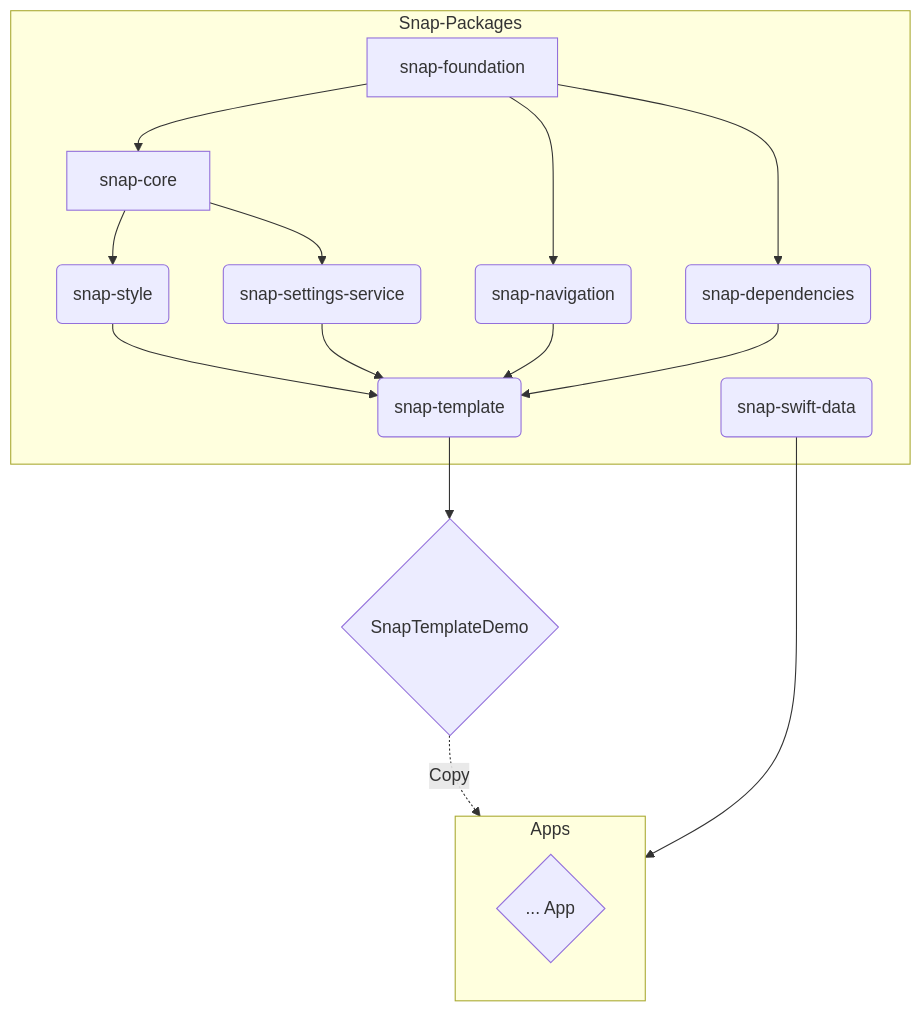
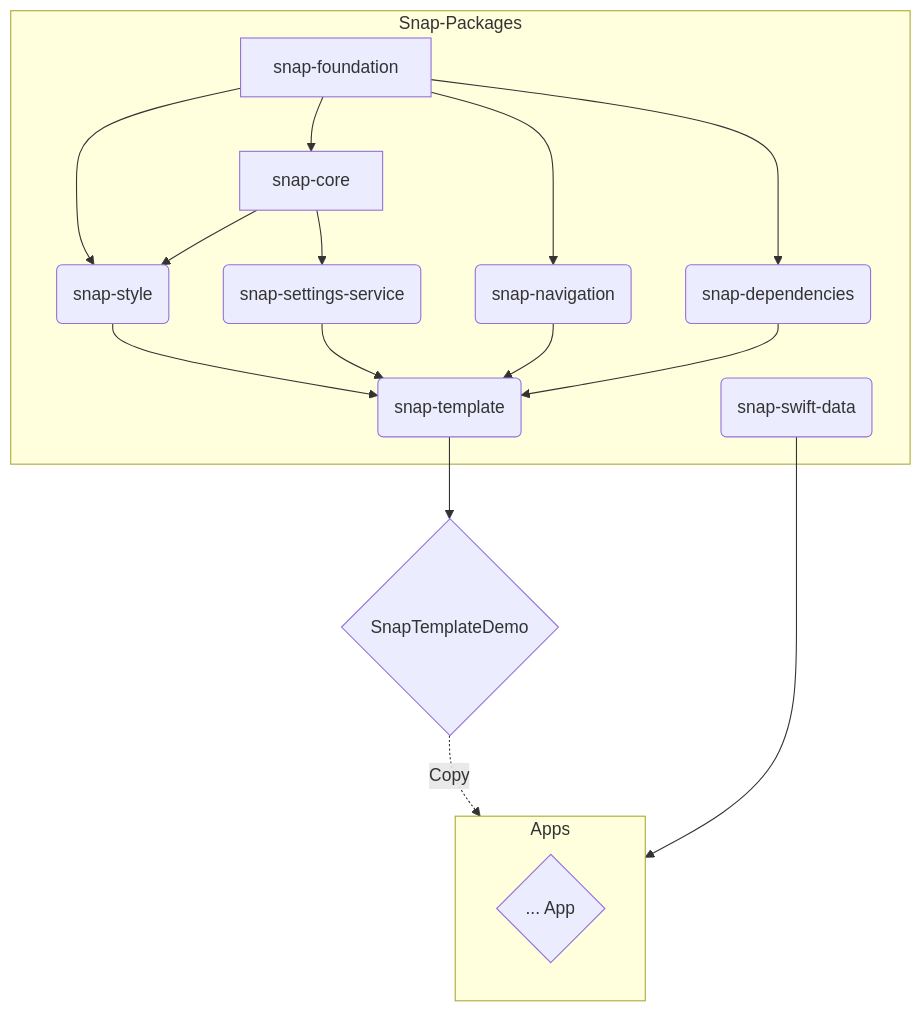
The diagram in README.md (simonnickel/snap), drawn with Mermaid before and after one commit. The commit also changed other lines of this file and 3 other files, not shown here.

````diff
--- a/README.md
+++ b/README.md
@@ -24,37 +24,38 @@
 ```mermaid
 flowchart TD
 
     subgraph Snap-Packages
     C1[snap-foundation]
     C2[snap-core]
     M2(snap-style)
     M3(snap-settings-service)
     M4(snap-navigation)
     M5(snap-dependencies)
     M6(snap-swift-data)
     M1(snap-template)
     end
     
     A1{SnapTemplateDemo}
 
     subgraph Apps
     A3{... App}
     end
 
     C1 --> C2
+    C1 --> M2
     C1 --> M4
     C1 --> M5
 
     C2 --> M2
     C2 --> M3
 
     M2 --> M1
     M3 --> M1
     M4 --> M1
     M5 --> M1
 
     M1 --> A1
 
     A1 -.->|Copy| Apps
     M6 --> Apps
 ```
````
